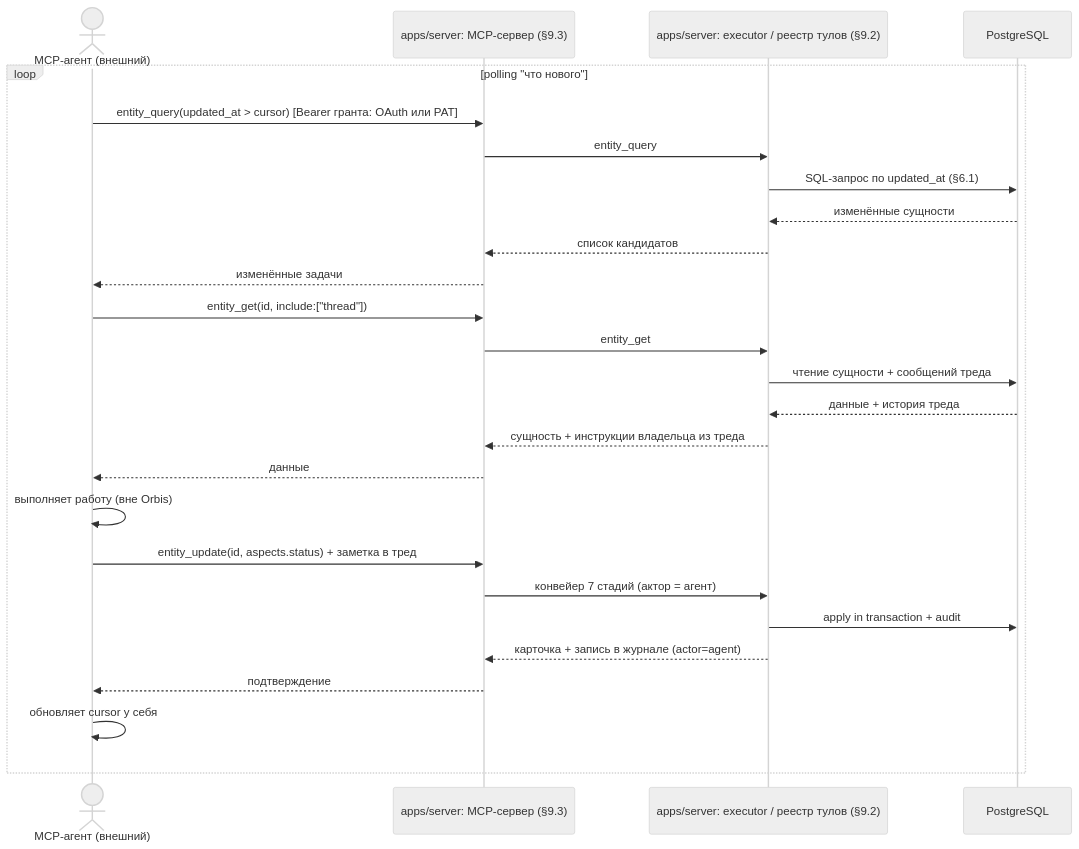
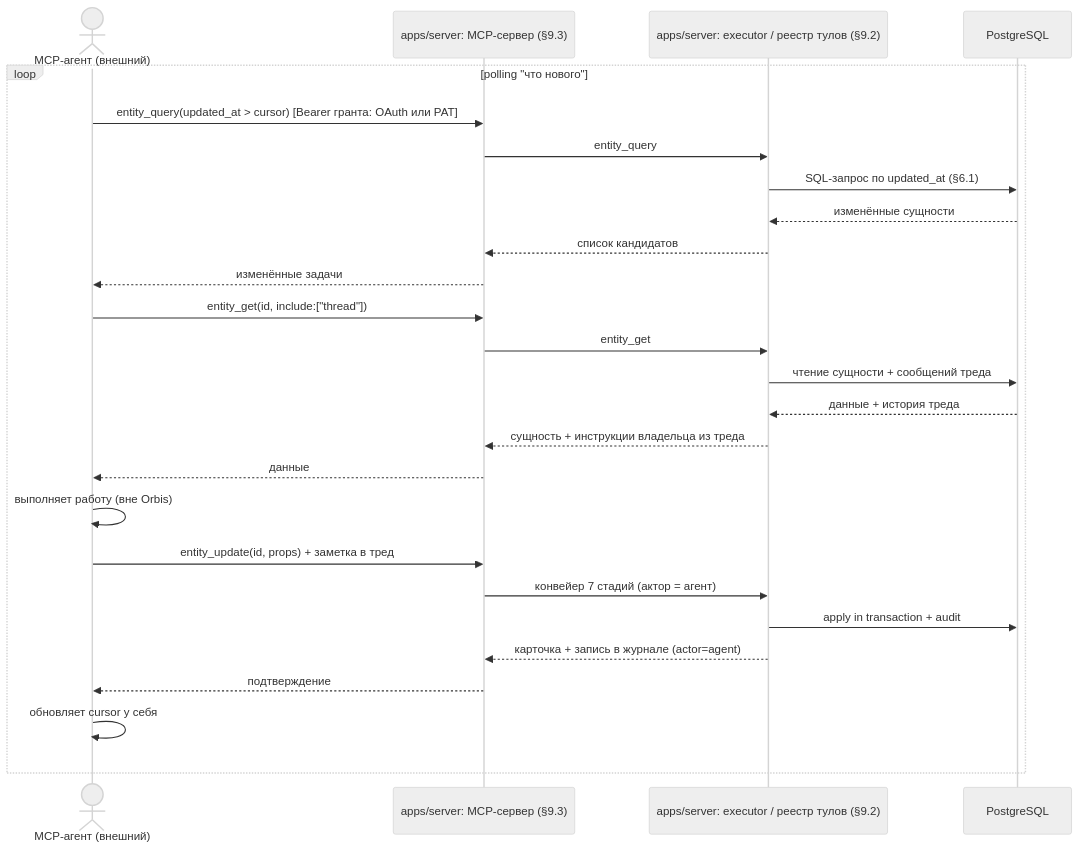
One commit to qvenge/orbis changed the sixth of 8 diagrams in docs/implementation/00-architecture.md. Above: the diagram before and after it, drawn with Mermaid (neutral theme). The commit also changed other lines of this file and 15 other files, not shown here.

````diff
--- a/docs/implementation/00-architecture.md
+++ b/docs/implementation/00-architecture.md
@@ -255,33 +268,33 @@
 ```mermaid
 sequenceDiagram
     actor Agent as MCP-агент (внешний)
     participant MCP as apps/server: MCP-сервер (§9.3)
     participant Executor as apps/server: executor / реестр тулов (§9.2)
     participant DB as PostgreSQL
 
     loop polling "что нового"
         Agent->>MCP: entity_query(updated_at > cursor) [Bearer гранта: OAuth или PAT]
         MCP->>Executor: entity_query
         Executor->>DB: SQL-запрос по updated_at (§6.1)
         DB-->>Executor: изменённые сущности
         Executor-->>MCP: список кандидатов
         MCP-->>Agent: изменённые задачи
 
         Agent->>MCP: entity_get(id, include:["thread"])
         MCP->>Executor: entity_get
         Executor->>DB: чтение сущности + сообщений треда
         DB-->>Executor: данные + история треда
         Executor-->>MCP: сущность + инструкции владельца из треда
         MCP-->>Agent: данные
 
         Agent->>Agent: выполняет работу (вне Orbis)
 
-        Agent->>MCP: entity_update(id, aspects.status) + заметка в тред
+        Agent->>MCP: entity_update(id, props) + заметка в тред
         MCP->>Executor: конвейер 7 стадий (актор = агент)
         Executor->>DB: apply in transaction + audit
         Executor-->>MCP: карточка + запись в журнале (actor=agent)
         MCP-->>Agent: подтверждение
 
         Agent->>Agent: обновляет cursor у себя
     end
 ```
````
